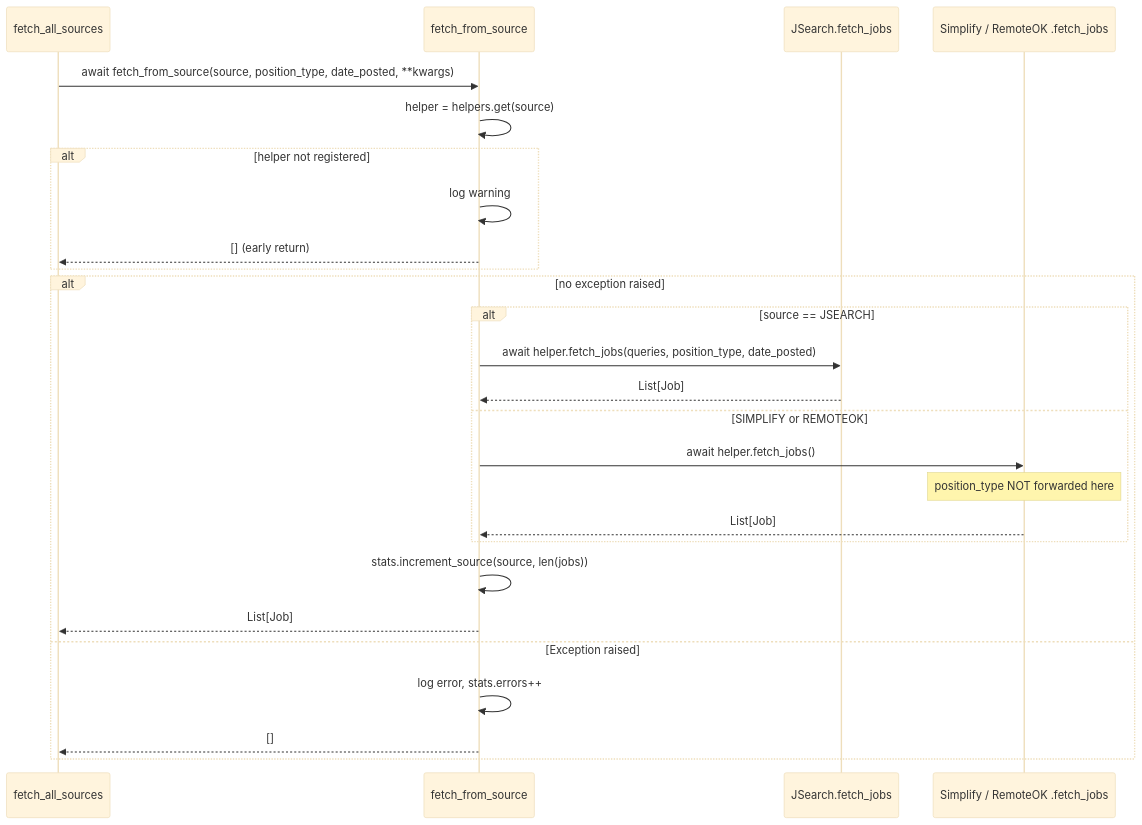
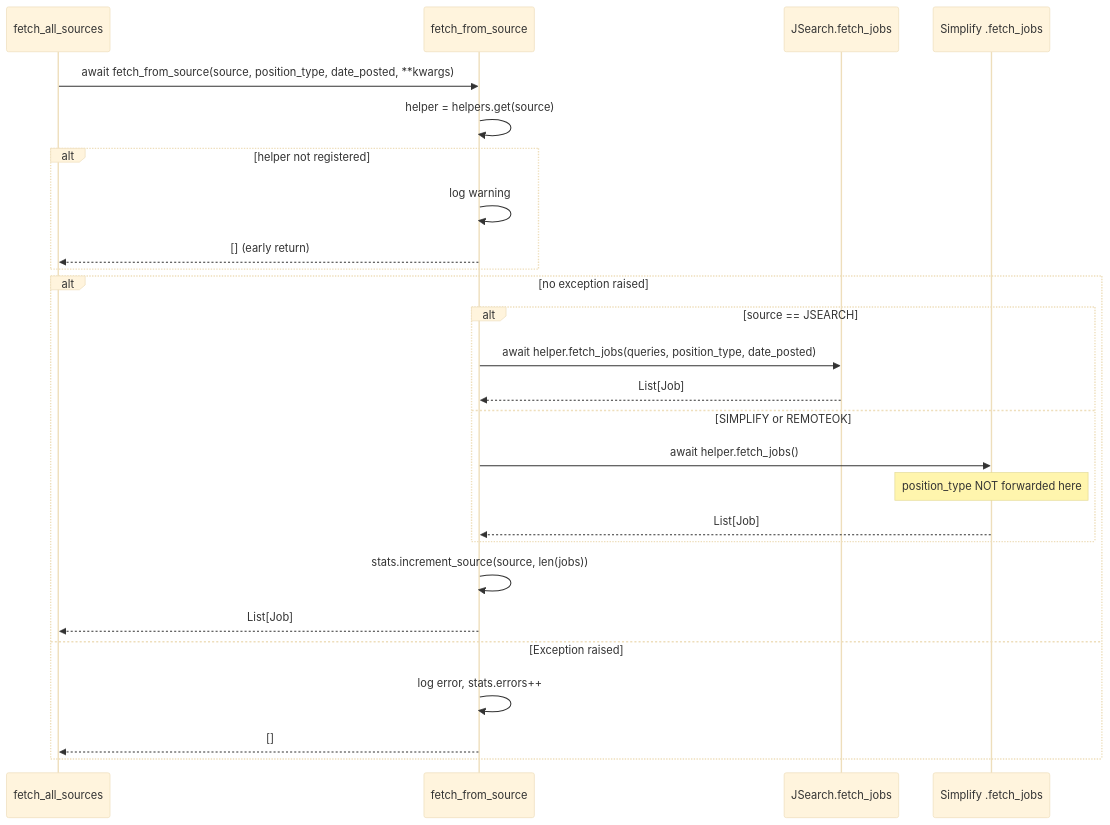
Before and after one commit to AustinDwomoh/libra: the second of 5 diagrams in docs/diagrams/azalea_seq.md, drawn with Mermaid (base theme). The commit also changed other lines of this file and 26 other files, not shown here.

````diff
--- a/docs/diagrams/azalea_seq.md
+++ b/docs/diagrams/azalea_seq.md
@@ -26,35 +22,37 @@
 ```mermaid
 %% sequenceDiagram — fetch_from_source (route to correct helper)
-%% NOTE: position_type is forwarded to JSearch only. For SIMPLIFY and REMOTEOK
-%% the case _ branch calls helper.fetch_jobs() with no args, dropping position_type.
+%% NOTE: position_type is forwarded to JSearch only. For SIMPLIFY (the only other
+%% helper actually registered) the case _ branch calls helper.fetch_jobs() with no
+%% args, dropping position_type. REMOTEOK is included for completeness but never
+%% reaches this point in practice — see _init_helpers diagram above.
 sequenceDiagram
     participant FA as fetch_all_sources
     participant Az as fetch_from_source
     participant JS as JSearch.fetch_jobs
-    participant Other as Simplify / RemoteOK .fetch_jobs
+    participant Other as Simplify .fetch_jobs
 
     FA->>Az: await fetch_from_source(source, position_type, date_posted, **kwargs)
     Az->>Az: helper = helpers.get(source)
 
     alt helper not registered
         Az->>Az: log warning
         Az-->>FA: [] (early return)
     end
 
     alt no exception raised
         alt source == JSEARCH
             Az->>JS: await helper.fetch_jobs(queries, position_type, date_posted)
             JS-->>Az: List[Job]
         else SIMPLIFY or REMOTEOK
             Az->>Other: await helper.fetch_jobs()
             Note over Other: position_type NOT forwarded here
             Other-->>Az: List[Job]
         end
         Az->>Az: stats.increment_source(source, len(jobs))
         Az-->>FA: List[Job]
     else Exception raised
         Az->>Az: log error, stats.errors++
         Az-->>FA: []
     end
 
 ```
````
